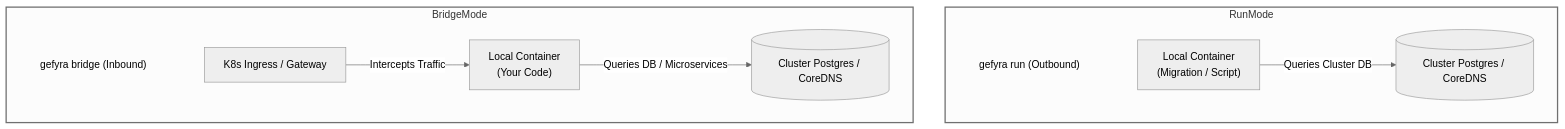
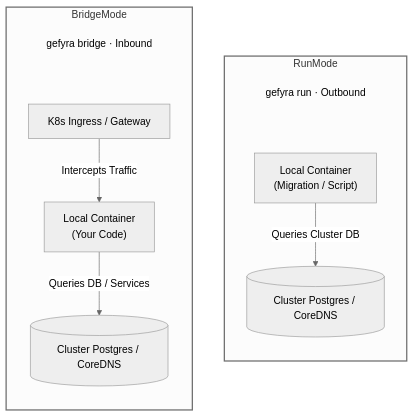
The diagram in gefyra-docs/content/en/3.developer-workflows/3.bridge-vs-run.md (gefyrahq/gefyra), drawn with Mermaid (neutral theme) before and after one commit. The commit also changed 13 other files, not shown here.

First line of the commit message:
feat: enable expand functionality in Nuxt config and update Mermaid styles (#1565)

````diff
--- a/gefyra-docs/content/en/3.developer-workflows/3.bridge-vs-run.md
+++ b/gefyra-docs/content/en/3.developer-workflows/3.bridge-vs-run.md
@@ -29,22 +29,22 @@
 ```mermaid
-flowchart TD
+flowchart TB
     subgraph RunMode
-        direction LR
-        RunTitle[["gefyra run (Outbound)"]] ~~~ LocalContainer1["Local Container<br/>(Migration / Script)"]
+        direction TB
+        RunTitle[["gefyra run · Outbound"]] ~~~ LocalContainer1["Local Container<br/>(Migration / Script)"]
         LocalContainer1 -->|Queries Cluster DB| ClusterDB[("Cluster Postgres / CoreDNS")]
     end
 
     subgraph BridgeMode
-        direction LR
-        BridgeTitle[["gefyra bridge (Inbound)"]] ~~~ ClusterIngress["K8s Ingress / Gateway"]
+        direction TB
+        BridgeTitle[["gefyra bridge · Inbound"]] ~~~ ClusterIngress["K8s Ingress / Gateway"]
         ClusterIngress -->|Intercepts Traffic| LocalContainer2["Local Container<br/>(Your Code)"]
-        LocalContainer2 -->|Queries DB / Microservices| ClusterDB2[("Cluster Postgres / CoreDNS")]
+        LocalContainer2 -->|Queries DB / Services| ClusterDB2[("Cluster Postgres / CoreDNS")]
     end
 
     classDef groupTitle fill:transparent,stroke:none;
     classDef runBox stroke-width:2px;
     classDef bridgeBox stroke-width:2px;
     class RunTitle,BridgeTitle groupTitle;
     class RunMode runBox;
     class BridgeMode bridgeBox;
 ```
````
